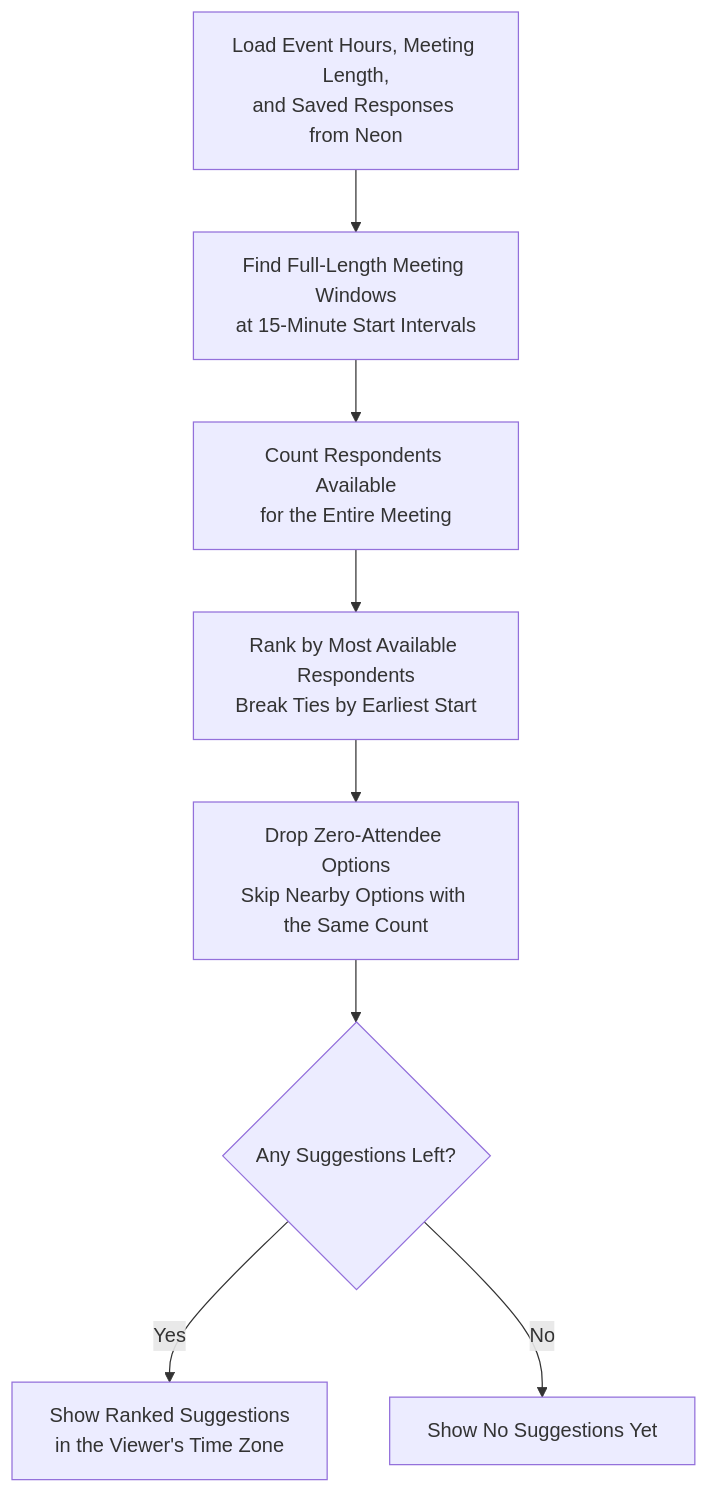
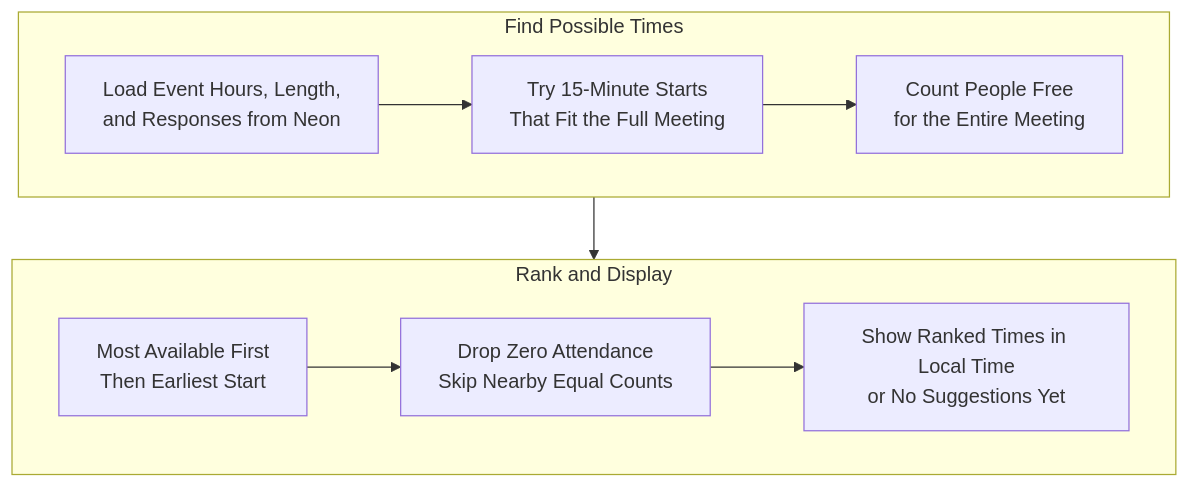
One commit to jimmy181211/whenkin changed the second of 5 diagrams in docs/flowchart.md. Above: the diagram before and after it, drawn with Mermaid. The commit also changed 8 other files, not shown here.

First line of the commit message:
Add Whenkin terms and privacy pages and compact the calculation flowchart

````diff
--- a/docs/flowchart.md
+++ b/docs/flowchart.md
@@ -24,10 +24,14 @@
 ```mermaid
-flowchart TD
-  A["Load Event Hours, Meeting Length,<br/>and Saved Responses from Neon"] --> B["Find Full-Length Meeting Windows<br/>at 15-Minute Start Intervals"]
-  B --> C["Count Respondents Available<br/>for the Entire Meeting"]
-  C --> D["Rank by Most Available Respondents<br/>Break Ties by Earliest Start"]
-  D --> E["Drop Zero-Attendee Options<br/>Skip Nearby Options with the Same Count"]
-  E --> F{"Any Suggestions Left?"}
-  F -->|Yes| G["Show Ranked Suggestions<br/>in the Viewer's Time Zone"]
-  F -->|No| H["Show No Suggestions Yet"]
+flowchart TB
+  subgraph candidates["Find Possible Times"]
+    direction LR
+    A["Load Event Hours, Length,<br/>and Responses from Neon"] --> B["Try 15-Minute Starts<br/>That Fit the Full Meeting"]
+    B --> C["Count People Free<br/>for the Entire Meeting"]
+  end
+  subgraph results["Rank and Display"]
+    direction LR
+    D["Most Available First<br/>Then Earliest Start"] --> E["Drop Zero Attendance<br/>Skip Nearby Equal Counts"]
+    E --> F["Show Ranked Times in Local Time<br/>or No Suggestions Yet"]
+  end
+  candidates --> results
 ```
````
